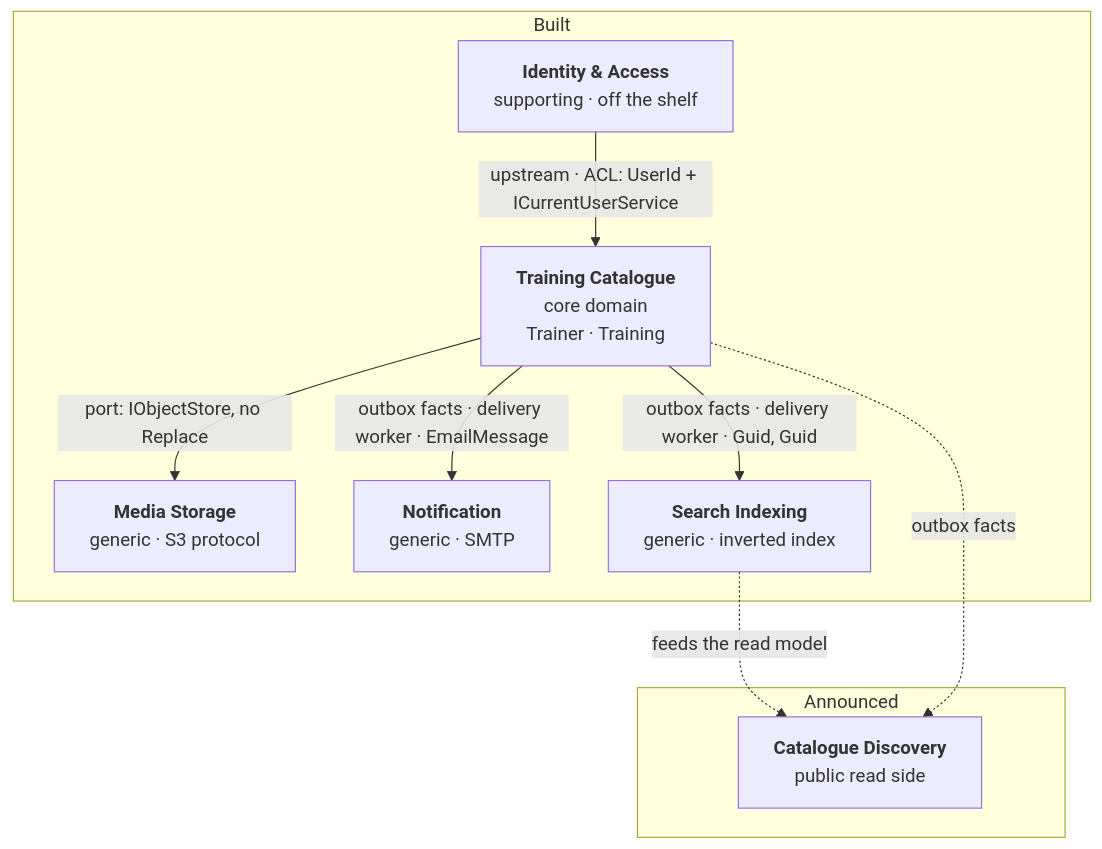
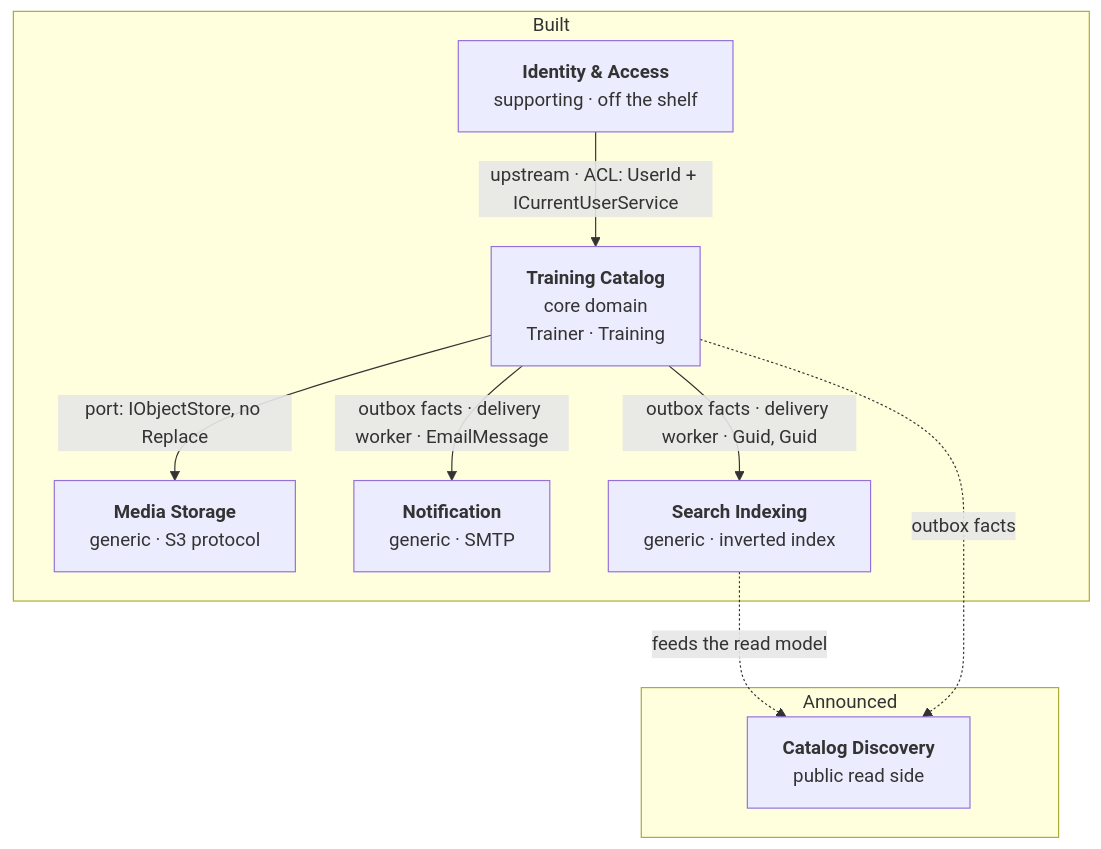
One commit to maxime-poulain/BLRefactoring changed the diagram in docs/strategic-design/context-map.md. Above: the diagram before and after it, drawn with Mermaid. The commit also changed other lines of this file and 366 other files, not shown here.

````diff
--- a/docs/strategic-design/context-map.md
+++ b/docs/strategic-design/context-map.md
@@ -9,21 +9,21 @@
 ```mermaid
 flowchart TB
     subgraph built ["Built"]
-        TC["<b>Training Catalogue</b><br/>core domain<br/>Trainer · Training"]
+        TC["<b>Training Catalog</b><br/>core domain<br/>Trainer · Training"]
         IA["<b>Identity &amp; Access</b><br/>supporting · off the shelf"]
         MS["<b>Media Storage</b><br/>generic · S3 protocol"]
         NT["<b>Notification</b><br/>generic · SMTP"]
         SI["<b>Search Indexing</b><br/>generic · inverted index"]
     end
 
     subgraph planned ["Announced"]
-        CD["<b>Catalogue Discovery</b><br/>public read side"]
+        CD["<b>Catalog Discovery</b><br/>public read side"]
     end
 
     IA -- "upstream · ACL: UserId + ICurrentUserService" --> TC
     TC -- "outbox facts · delivery worker · EmailMessage" --> NT
     TC -- "outbox facts · delivery worker · Guid, Guid" --> SI
     TC -- "port: IObjectStore, no Replace" --> MS
     SI -. "feeds the read model" .-> CD
     TC -. "outbox facts" .-> CD
 ```
````
